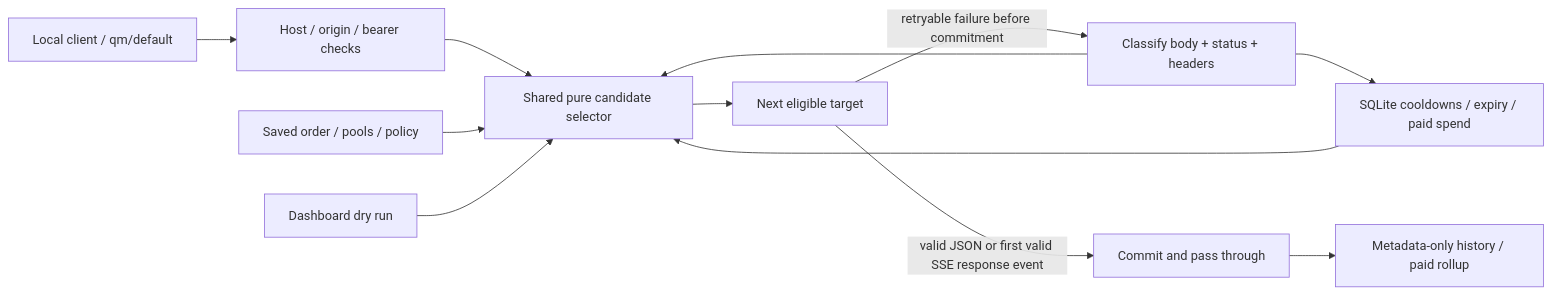
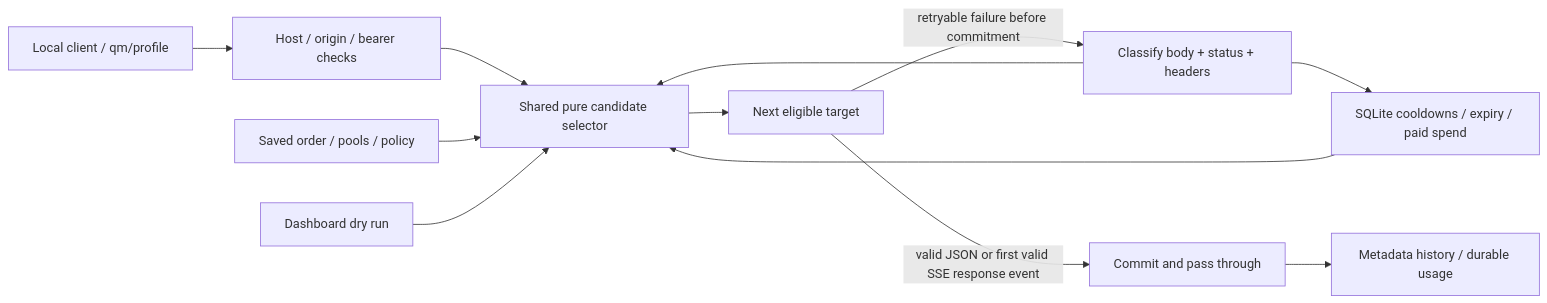
One commit to yashsrivastava0/QuotaMesh changed the diagram in README.md. Above: the diagram before and after it, drawn with Mermaid. The commit also changed other lines of this file and 4 other files, not shown here.

````diff
--- a/README.md
+++ b/README.md
@@ -84,14 +89,14 @@
 ```mermaid
 flowchart LR
-    Client[Local client / qm/default] --> Auth[Host / origin / bearer checks]
+    Client[Local client / qm/profile] --> Auth[Host / origin / bearer checks]
     Auth --> Select[Shared pure candidate selector]
     Rules[Saved order / pools / policy] --> Select
     State[SQLite cooldowns / expiry / paid spend] --> Select
     Select --> Attempt[Next eligible target]
     Attempt -->|retryable failure before commitment| Classify[Classify body + status + headers]
     Classify --> State
     Classify --> Select
     Attempt -->|valid JSON or first valid SSE response event| Commit[Commit and pass through]
-    Commit --> History[Metadata-only history / paid rollup]
+    Commit --> History[Metadata history / durable usage]
     Dry[Dashboard dry run] --> Select
 ```
````
